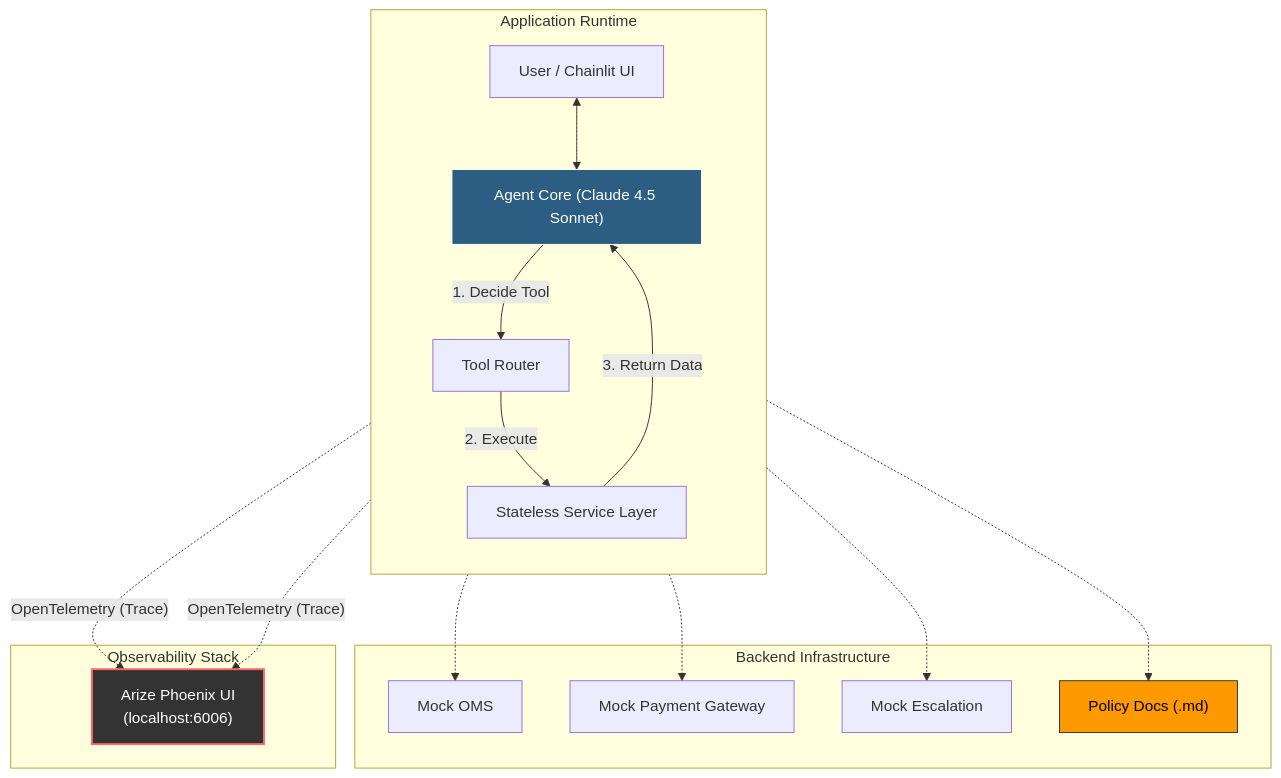
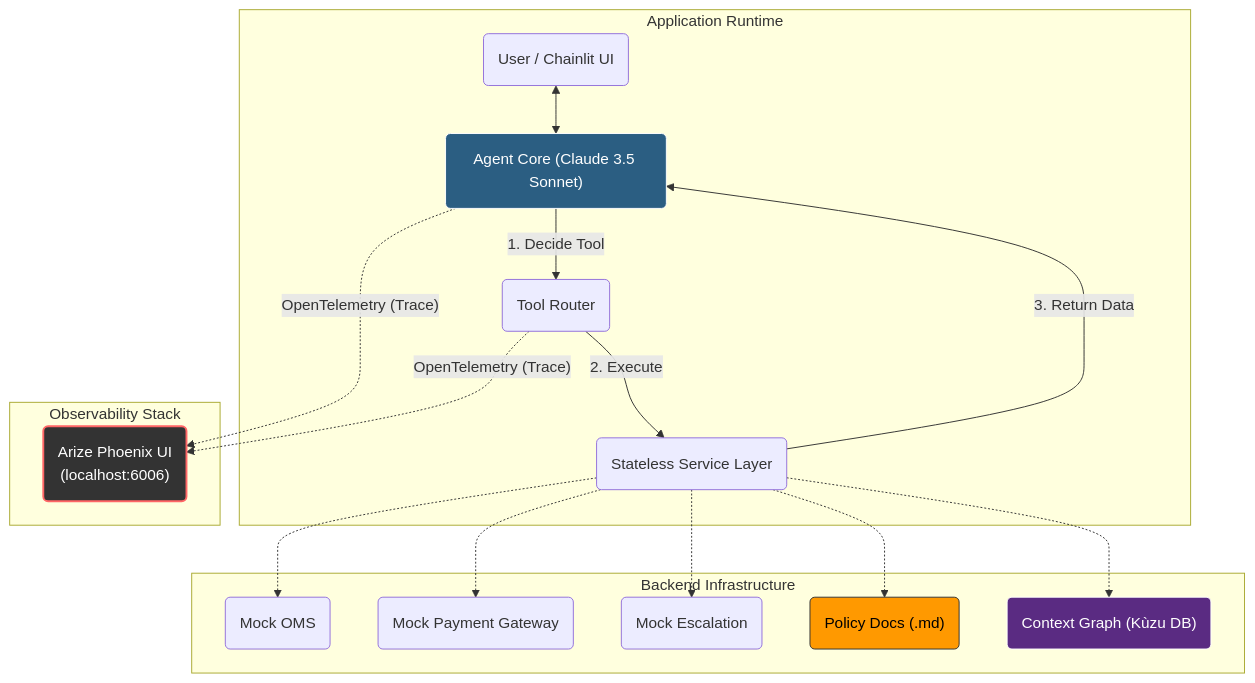
One commit to nitinNayar/enterprise-cx-agent changed the diagram in README.md. Above: the diagram before and after it, drawn with Mermaid. The commit also changed other lines of this file, not shown here.

Commit message:
updated README.md for decision traces & context graphs
🤖 Generated with [Claude Code](https://claude.com/claude-code)

````diff
--- a/README.md
+++ b/README.md
@@ -24,34 +25,36 @@
 ```mermaid
 graph TD
-    %% --- Main Application Flow ---
-    subgraph App ["Application Runtime"]
-        direction TB
-        User["User / Chainlit UI"] <--> Agent["Agent Core (Claude 4.5 Sonnet)"]
-        Agent -- "1. Decide Tool" --> Router["Tool Router"]
-        Router -- "2. Execute" --> Services["Stateless Service Layer"]
+    %% --- Subgraph: Application Runtime ---
+    subgraph App [Application Runtime]
+        User("User / Chainlit UI") <--> Agent("Agent Core (Claude 3.5 Sonnet)")
+        Agent -- "1. Decide Tool" --> Router("Tool Router")
+        Router -- "2. Execute" --> Services("Stateless Service Layer")
         Services -- "3. Return Data" --> Agent
     end
 
-    %% --- Backend Services ---
-    subgraph Backends ["Backend Infrastructure"]
-        Services -.-> OMS["Mock OMS"]
-        Services -.-> Stripe["Mock Payment Gateway"]
-        Services -.-> Zendesk["Mock Escalation"]
-        Services -.-> Policies["Policy Docs (.md)"]
+    %% --- Subgraph: Backend Services ---
+    subgraph Backends [Backend Infrastructure]
+        Services -.-> OMS("Mock OMS")
+        Services -.-> Stripe("Mock Payment Gateway")
+        Services -.-> Zendesk("Mock Escalation")
+        Services -.-> Policies("Policy Docs (.md)")
+        Services -.-> Graph("Context Graph (Kùzu DB)")
     end
 
-    %% --- Observability Sidecar ---
-    subgraph Observability ["Observability Stack"]
-        Phoenix["Arize Phoenix UI<br/>(localhost:6006)"]
+    %% --- Subgraph: Observability ---
+    subgraph Observability [Observability Stack]
+        Phoenix("Arize Phoenix UI<br/>(localhost:6006)")
     end
 
     %% --- Telemetry Connections ---
+    %% We link specific nodes to Phoenix to avoid 'box-in-box' rendering issues
     Agent -.-> |"OpenTelemetry (Trace)"| Phoenix
     Router -.-> |"OpenTelemetry (Trace)"| Phoenix
 
-    %% Styling for better readability
+    %% --- Styling ---
     style Phoenix fill:#333,stroke:#f66,stroke-width:2px,color:#fff
     style Agent fill:#2b5e82,stroke:#fff,color:#fff
     style Policies fill:#ff9900,stroke:#333,color:#000
+    style Graph fill:#5a2b82,stroke:#fff,color:#fff
 
 ```
````
